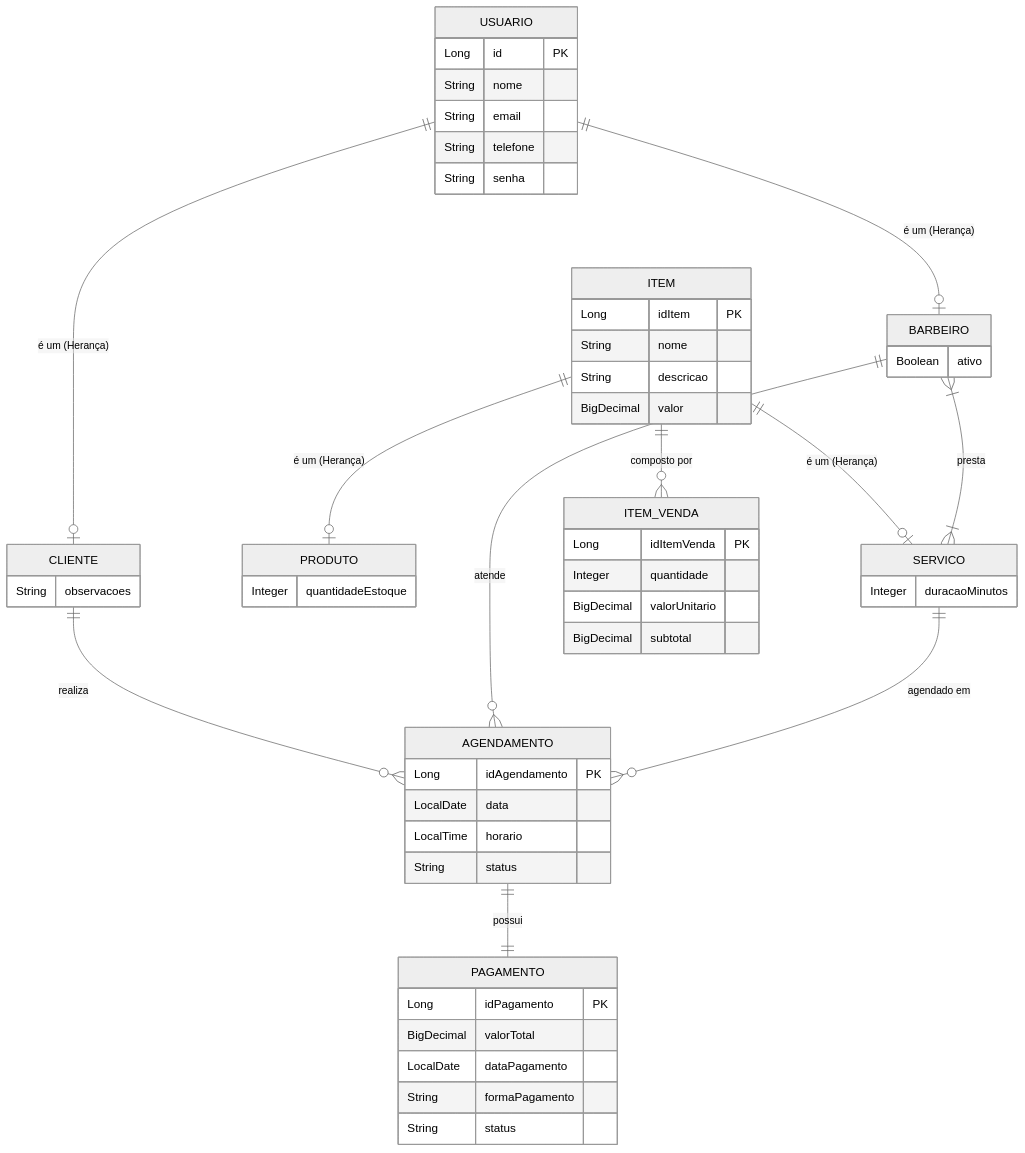
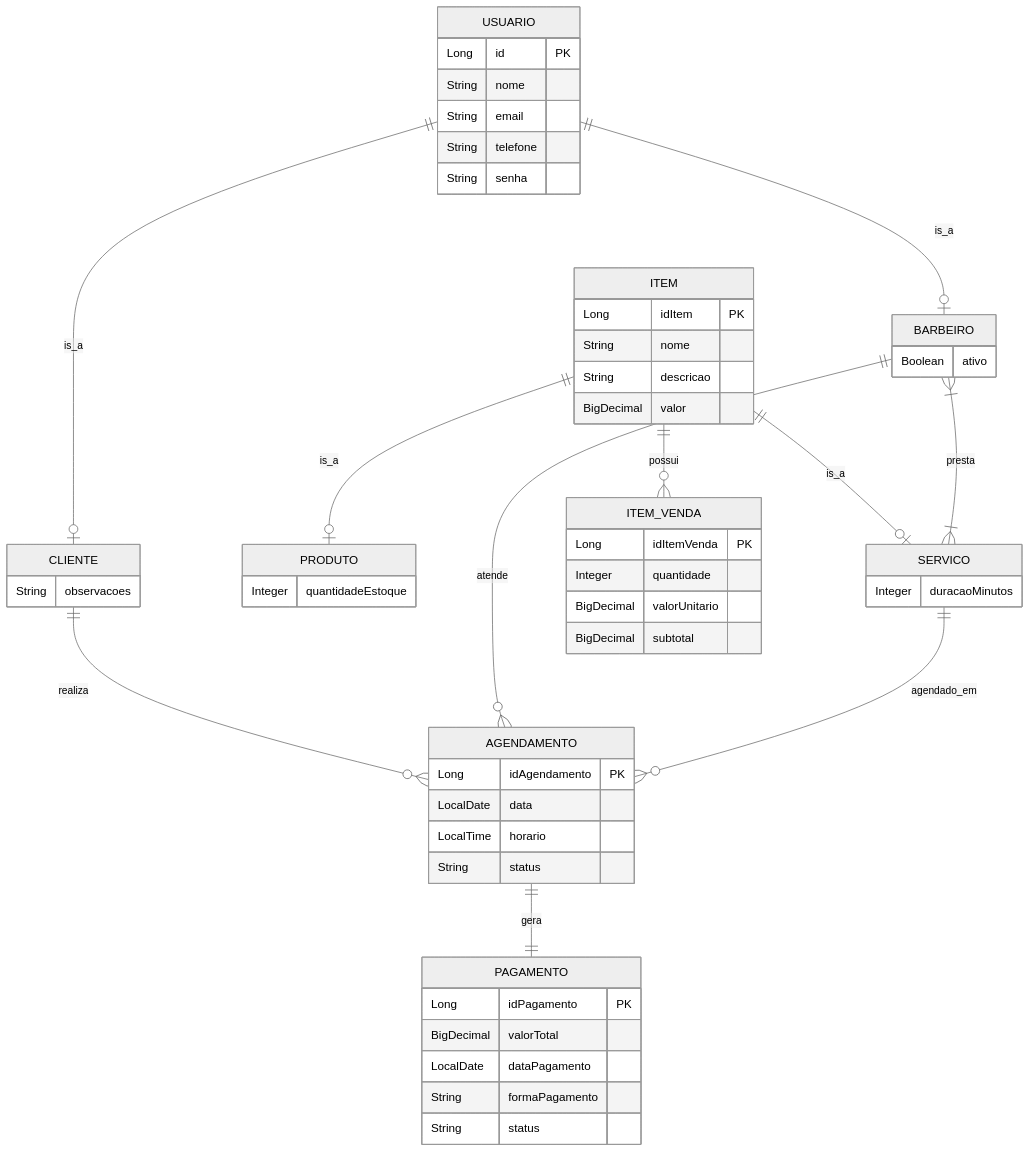
The second of 2 diagrams in README.md (renannunesds/barbearia-api), drawn with Mermaid (neutral theme) before and after one commit. The commit also changed other lines of this file, not shown here.

````diff
--- a/README.md
+++ b/README.md
@@ -144,62 +149,66 @@
 ```mermaid
 
 erDiagram
-    USUARIO ||--o| CLIENTE : "é um (Herança)"
-    USUARIO ||--o| BARBEIRO : "é um (Herança)"
-    ITEM ||--o| PRODUTO : "é um (Herança)"
-    ITEM ||--o| SERVICO : "é um (Herança)"
+    %% Heranças no Banco (Estratégia JOINED)
+    USUARIO ||--o| CLIENTE : is_a
+    USUARIO ||--o| BARBEIRO : is_a
+    ITEM ||--o| PRODUTO : is_a
+    ITEM ||--o| SERVICO : is_a
 
-    CLIENTE ||--o{ AGENDAMENTO : "realiza"
-    BARBEIRO ||--o{ AGENDAMENTO : "atende"
-    SERVICO ||--o{ AGENDAMENTO : "agendado em"
-    AGENDAMENTO ||--|| PAGAMENTO : "possui"
+    %% Relacionamentos do Agendamento (O coração do sistema)
+    CLIENTE ||--o{ AGENDAMENTO : realiza
+    BARBEIRO ||--o{ AGENDAMENTO : atende
+    SERVICO ||--o{ AGENDAMENTO : agendado_em
+    AGENDAMENTO ||--|| PAGAMENTO : gera
 
-    BARBEIRO }|--|{ SERVICO : "presta"
-    ITEM ||--o{ ITEM_VENDA : "composto por"
+    %% Outros Relacionamentos
+    BARBEIRO }|--|{ SERVICO : presta
+    ITEM ||--o{ ITEM_VENDA : possui
 
+    %% Definição de Colunas
     USUARIO {
         Long id PK
         String nome
         String email
         String telefone
         String senha
     }
     CLIENTE {
         String observacoes
     }
     BARBEIRO {
         Boolean ativo
-    }
-    ITEM {
-        Long idItem PK
-        String nome
-        String descricao
-        BigDecimal valor
-    }
-    PRODUTO {
-        Integer quantidadeEstoque
-    }
-    SERVICO {
-        Integer duracaoMinutos
     }
     AGENDAMENTO {
         Long idAgendamento PK
         LocalDate data
         LocalTime horario
         String status
     }
     PAGAMENTO {
         Long idPagamento PK
         BigDecimal valorTotal
         LocalDate dataPagamento
         String formaPagamento
         String status
     }
+    ITEM {
+        Long idItem PK
+        String nome
+        String descricao
+        BigDecimal valor
+    }
+    PRODUTO {
+        Integer quantidadeEstoque
+    }
+    SERVICO {
+        Integer duracaoMinutos
+    }
     ITEM_VENDA {
         Long idItemVenda PK
         Integer quantidade
         BigDecimal valorUnitario
         BigDecimal subtotal
     }
 
 ```
````
